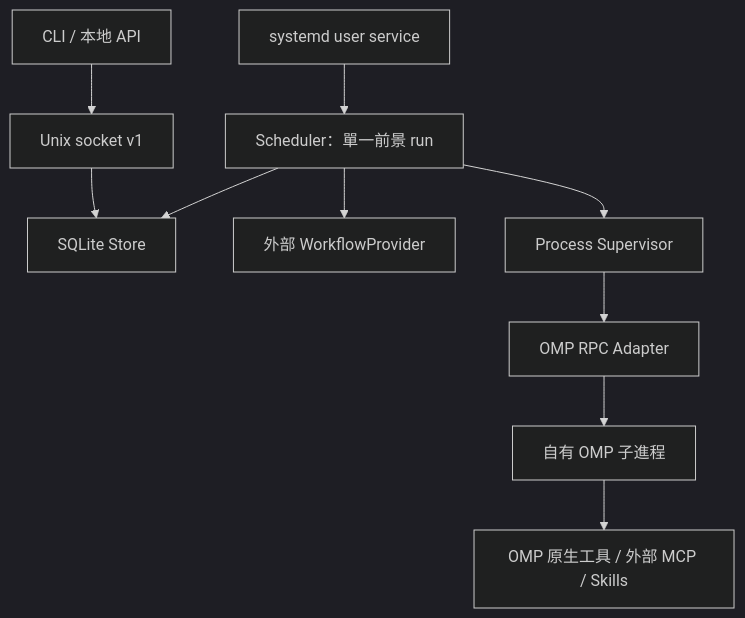
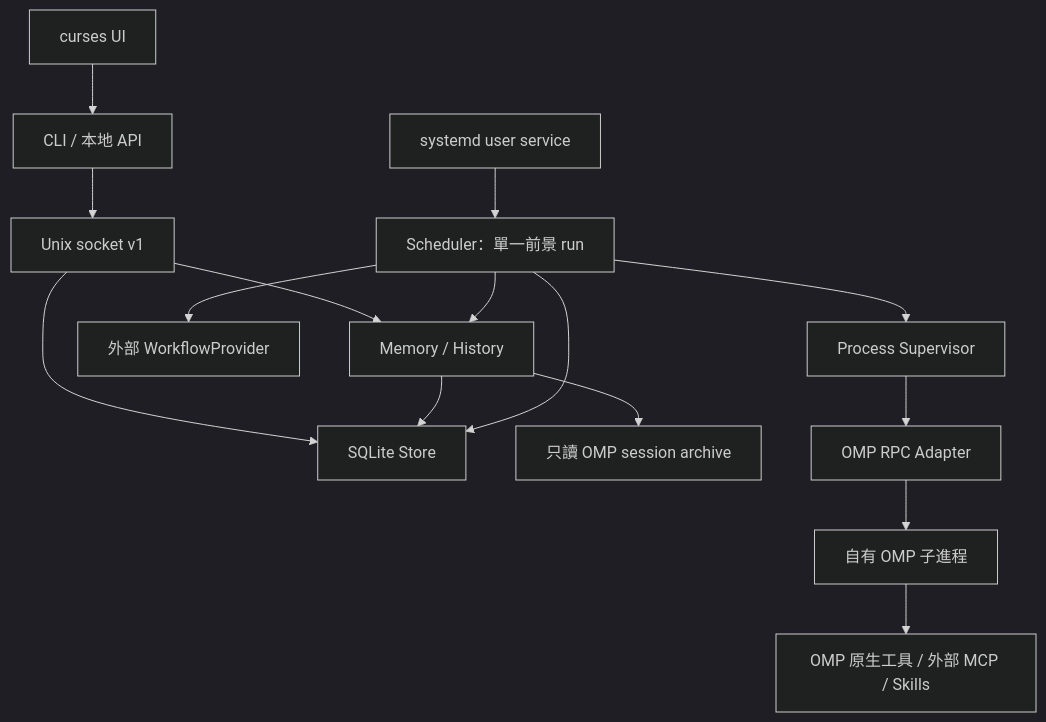
Before and after one commit to ETO-leader/Paveway: the diagram in docs/architecture.md, drawn with Mermaid (dark theme). The commit also changed other lines of this file and 63 other files, not shown here.

````diff
--- a/docs/architecture.md
+++ b/docs/architecture.md
@@ -26,12 +33,17 @@
 ```mermaid
 flowchart TD
+    TUI[curses UI] --> CLI
     CLI[CLI / 本地 API] --> IPC[Unix socket v1]
     IPC --> Store[SQLite Store]
+    IPC --> Memory[Memory / History]
+    Memory --> Store
+    Memory --> Archive[只讀 OMP session archive]
     Scheduler[Scheduler：單一前景 run] --> Store
+    Scheduler --> Memory
     Scheduler --> Workflow[外部 WorkflowProvider]
     Scheduler --> Supervisor[Process Supervisor]
     Supervisor --> Adapter[OMP RPC Adapter]
     Adapter --> OMP[自有 OMP 子進程]
     OMP --> Tools[OMP 原生工具 / 外部 MCP / Skills]
     Systemd[systemd user service] --> Scheduler
 ```
````
